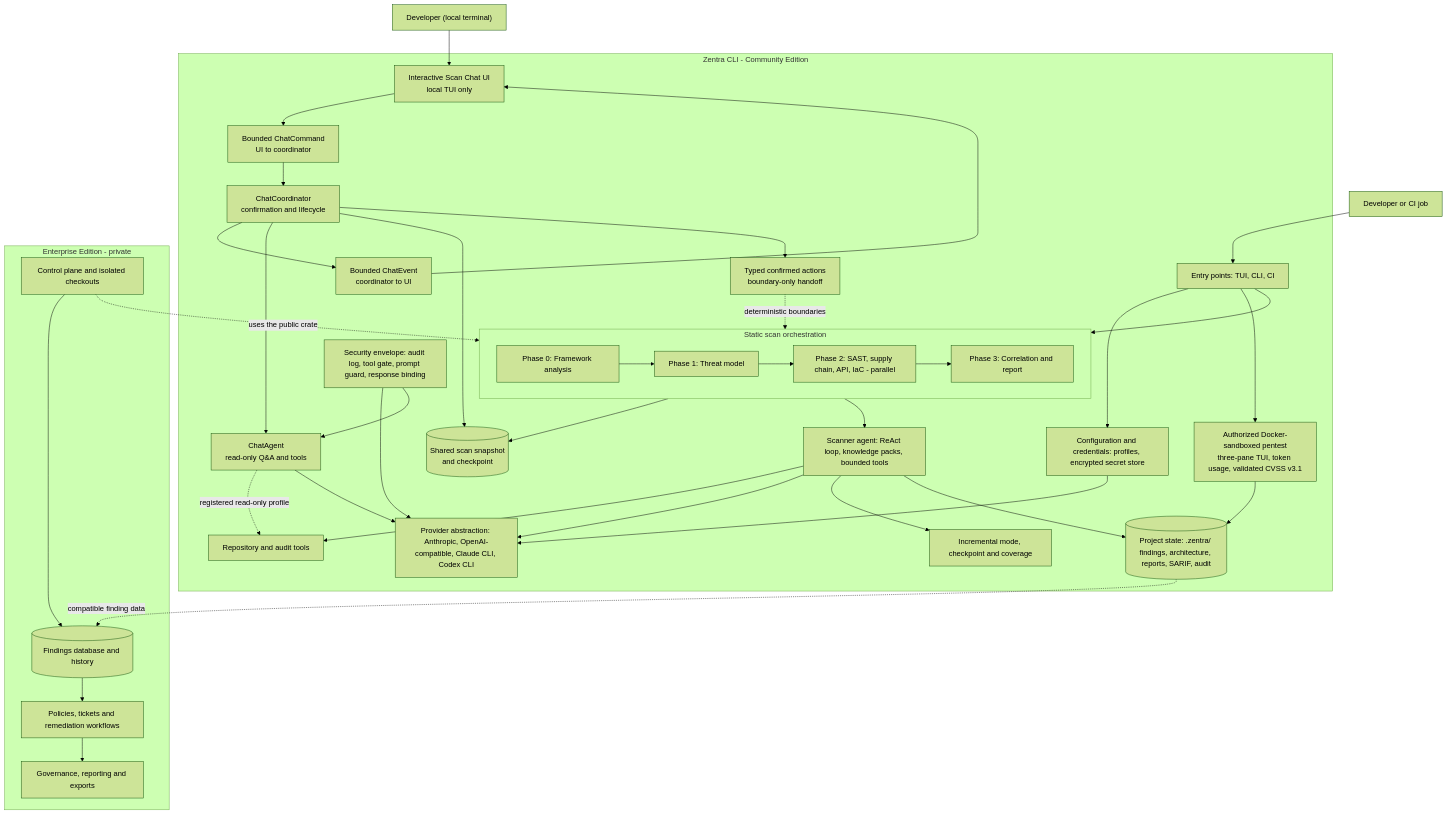
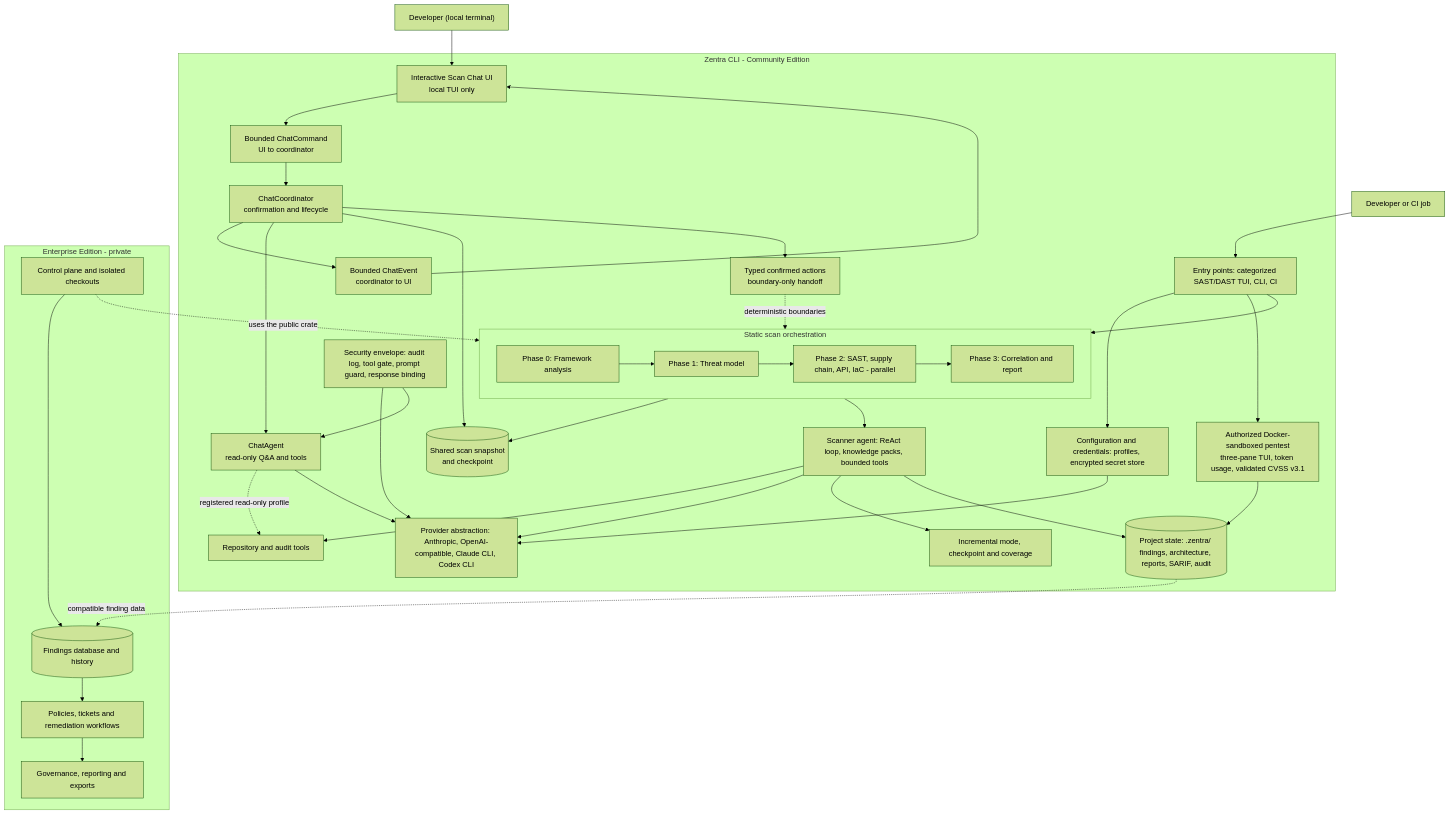
One commit to johannus22/zentra changed the diagram in architecture.mmd. Above: the diagram before and after it, drawn with Mermaid (forest theme). The commit also changed 5 other files, not shown here.

```diff
--- a/architecture.mmd
+++ b/architecture.mmd
@@ -1,68 +1,68 @@
 %% Zentra CLI - current high-level architecture
 %% Community Edition is public. Enterprise Edition consumes this crate as a library.
 graph TB
     User["Developer or CI job"]
     LocalDeveloper["Developer (local terminal)"]
 
     subgraph CE["Zentra CLI - Community Edition"]
-        Entry["Entry points: TUI, CLI, CI"]
+        Entry["Entry points: categorized SAST/DAST TUI, CLI, CI"]
         ChatUI["Interactive Scan Chat UI\nlocal TUI only"]
         ChatCommand["Bounded ChatCommand\nUI to coordinator"]
         ChatEvent["Bounded ChatEvent\ncoordinator to UI"]
         ChatCoordinator["ChatCoordinator\nconfirmation and lifecycle"]
         ChatAgent["ChatAgent\nread-only Q&A and tools"]
         ChatState[("Shared scan snapshot\nand checkpoint")]
         TypedActions["Typed confirmed actions\nboundary-only handoff"]
         Config["Configuration and credentials: profiles, encrypted secret store"]
         Security["Security envelope: audit log, tool gate, prompt guard, response binding"]
         Provider["Provider abstraction: Anthropic, OpenAI-compatible, Claude CLI, Codex CLI"]
 
         subgraph Scan["Static scan orchestration"]
             Framework["Phase 0: Framework analysis"]
             Threat["Phase 1: Threat model"]
             Parallel["Phase 2: SAST, supply chain, API, IaC - parallel"]
             Report["Phase 3: Correlation and report"]
             Framework --> Threat --> Parallel --> Report
         end
 
         Agent["Scanner agent: ReAct loop, knowledge packs, bounded tools"]
         Tools["Repository and audit tools"]
         Incremental["Incremental mode, checkpoint and coverage"]
         State[("Project state: .zentra/ findings, architecture, reports, SARIF, audit")]
         Pentest["Authorized Docker-sandboxed pentest<br/>three-pane TUI, token usage, validated CVSS v3.1"]
     end
 
     subgraph ENT["Enterprise Edition - private"]
         Control["Control plane and isolated checkouts"]
         Findings[("Findings database and history")]
         Actions["Policies, tickets and remediation workflows"]
         Dashboard["Governance, reporting and exports"]
     end
 
     User --> Entry
     LocalDeveloper --> ChatUI
     Entry --> Config
     Entry --> Scan
     Entry --> Pentest
     ChatUI --> ChatCommand --> ChatCoordinator
     ChatCoordinator --> ChatEvent --> ChatUI
     ChatCoordinator --> ChatAgent
     ChatCoordinator --> ChatState
     Scan --> ChatState
     ChatCoordinator --> TypedActions
     TypedActions -. "deterministic boundaries" .-> Scan
     Config --> Provider
     Security --> Provider
     Security --> ChatAgent
     Scan --> Agent
     Agent --> Tools
     Agent --> Provider
     ChatAgent -. "registered read-only profile" .-> Tools
     ChatAgent --> Provider
     Agent --> Incremental
     Agent --> State
     Pentest --> State
 
     Control -. "uses the public crate" .-> Scan
     Control --> Findings --> Actions --> Dashboard
     State -. "compatible finding data" .-> Findings
```
